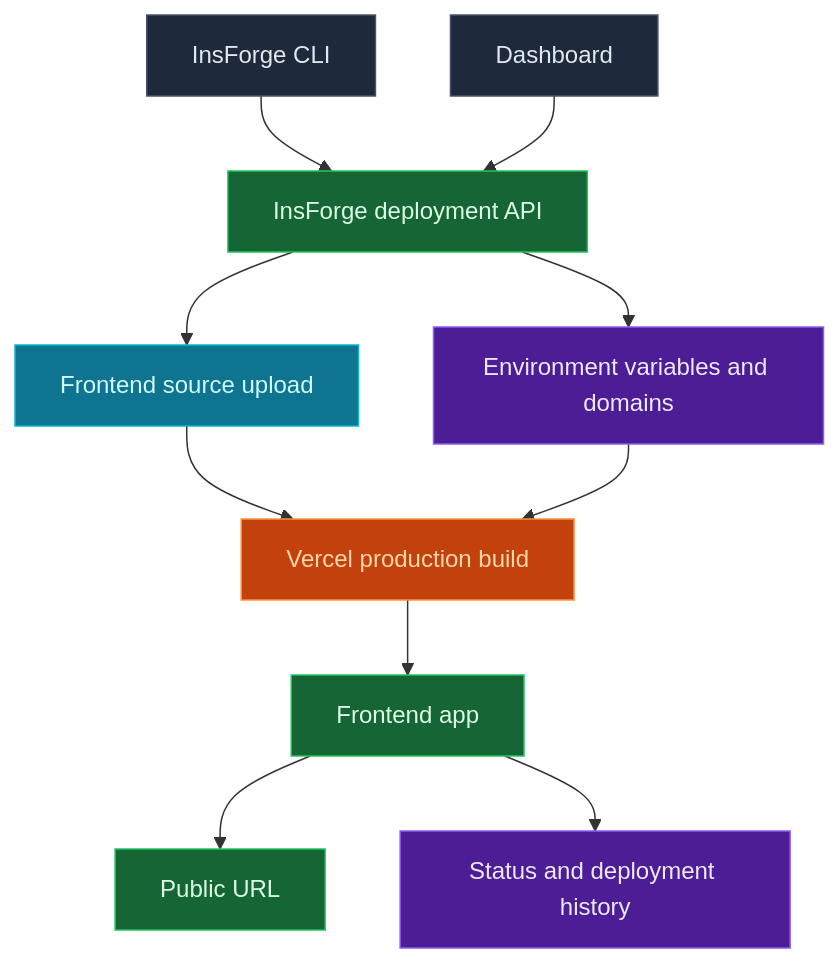
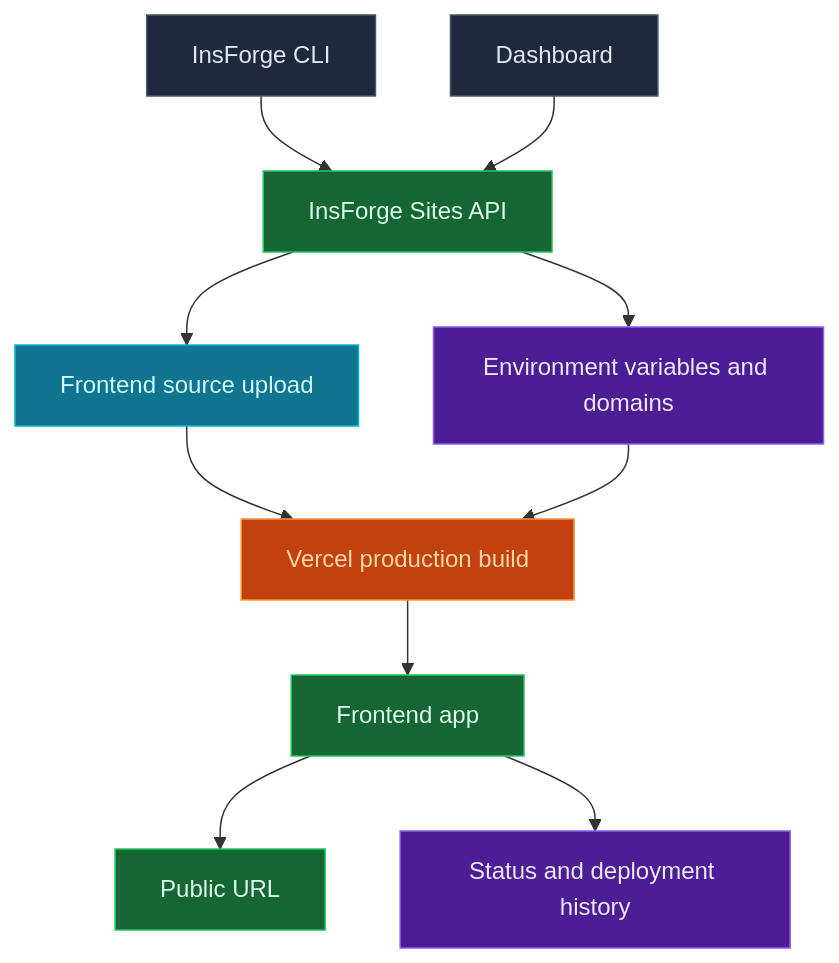
The diagram in docs/core-concepts/deployments/overview.mdx (InsForge/InsForge), drawn with Mermaid before and after one commit. The commit also changed other lines of this file and 18 other files, not shown here.

````diff
--- a/docs/core-concepts/deployments/overview.mdx
+++ b/docs/core-concepts/deployments/overview.mdx
@@ -17,25 +17,25 @@
 ```mermaid
 flowchart TB
-    CLI[InsForge CLI] --> API[InsForge deployment API]
+    CLI[InsForge CLI] --> API[InsForge Sites API]
     Dashboard[Dashboard] --> API
 
     API --> Source[Frontend source upload]
     API --> Config[Environment variables and domains]
 
     Source --> Vercel[Vercel production build]
     Config --> Vercel
 
     Vercel --> App[Frontend app]
     App --> URL[Public URL]
     App --> Status[Status and deployment history]
 
     style CLI fill:#1e293b,stroke:#475569,color:#e2e8f0
     style Dashboard fill:#1e293b,stroke:#475569,color:#e2e8f0
     style API fill:#166534,stroke:#22c55e,color:#dcfce7
     style Source fill:#0e7490,stroke:#06b6d4,color:#cffafe
     style Config fill:#4c1d95,stroke:#8b5cf6,color:#ede9fe
     style Vercel fill:#c2410c,stroke:#fb923c,color:#fed7aa
     style App fill:#166534,stroke:#22c55e,color:#dcfce7
     style URL fill:#166534,stroke:#22c55e,color:#dcfce7
     style Status fill:#4c1d95,stroke:#8b5cf6,color:#ede9fe
 ```
````
